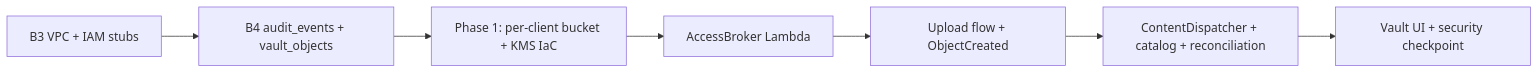
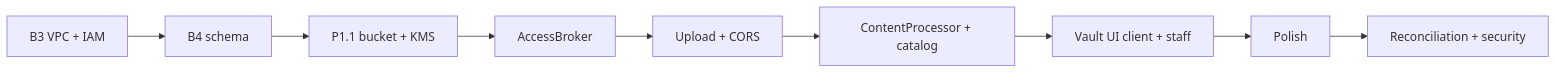
Before and after one commit to michael-sattler/corduroy-app: the diagram in docs/buildplan-vault.md, drawn with Mermaid. The commit also changed other lines of this file and 49 other files, not shown here.

````diff
--- a/docs/buildplan-vault.md
+++ b/docs/buildplan-vault.md
@@ -222,9 +243,11 @@
 ```mermaid
 flowchart LR
-  B3[B3 VPC + IAM stubs] --> B4[B4 audit_events + vault_objects]
-  B4 --> P1a[Phase 1: per-client bucket + KMS IaC]
-  P1a --> P1b[AccessBroker Lambda]
-  P1b --> P1c[Upload flow + ObjectCreated]
-  P1c --> P1d[ContentDispatcher + catalog + reconciliation]
-  P1d --> P1e[Vault UI + security checkpoint]
+  B3[B3 VPC + IAM] --> B4[B4 schema]
+  B4 --> P1a[P1.1 bucket + KMS]
+  P1a --> P1b[AccessBroker]
+  P1b --> P1c[Upload + CORS]
+  P1c --> P1d[ContentProcessor + catalog]
+  P1d --> P1e[Vault UI client + staff]
+  P1e --> P1f[Polish]
+  P1f --> P1g[Reconciliation + security]
 ```
````
